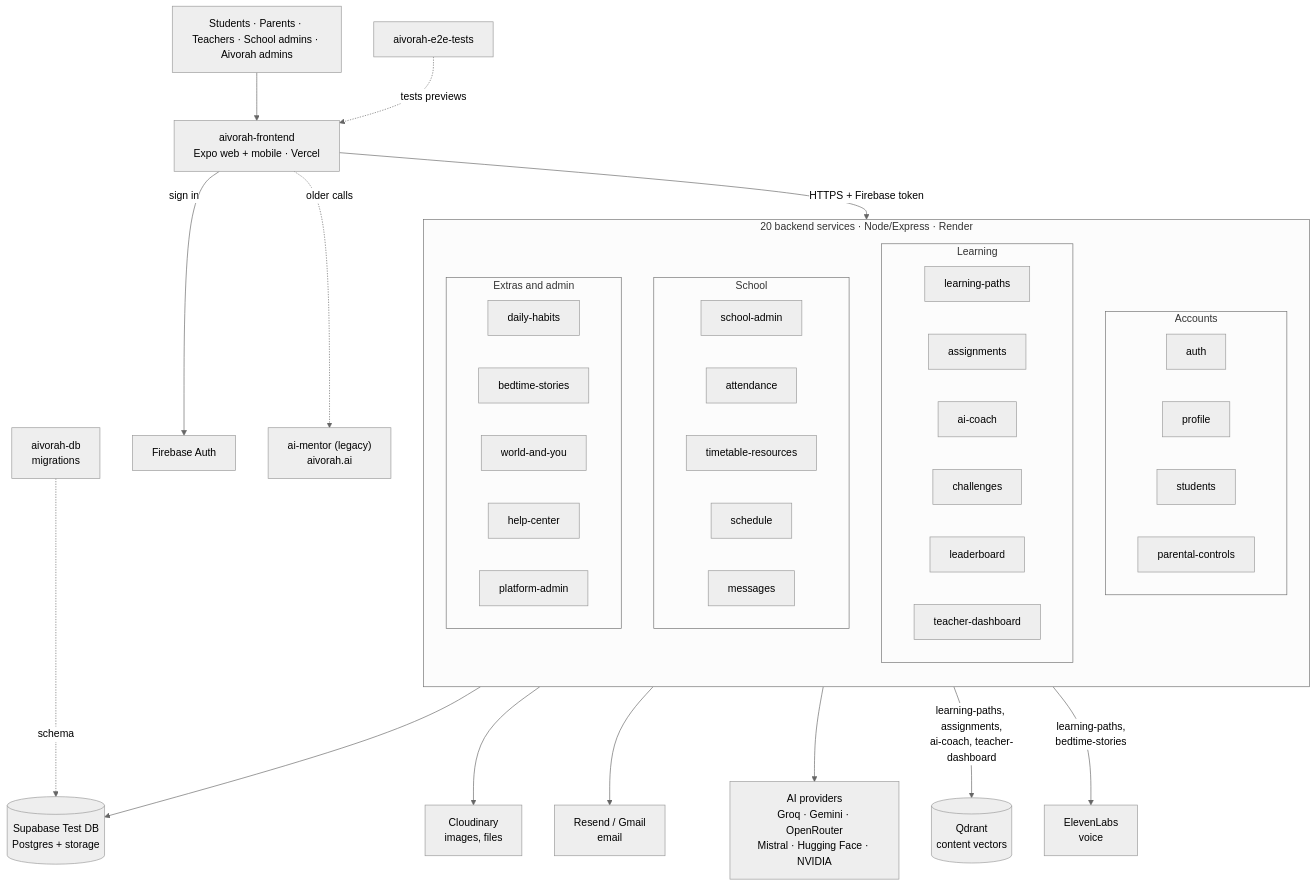
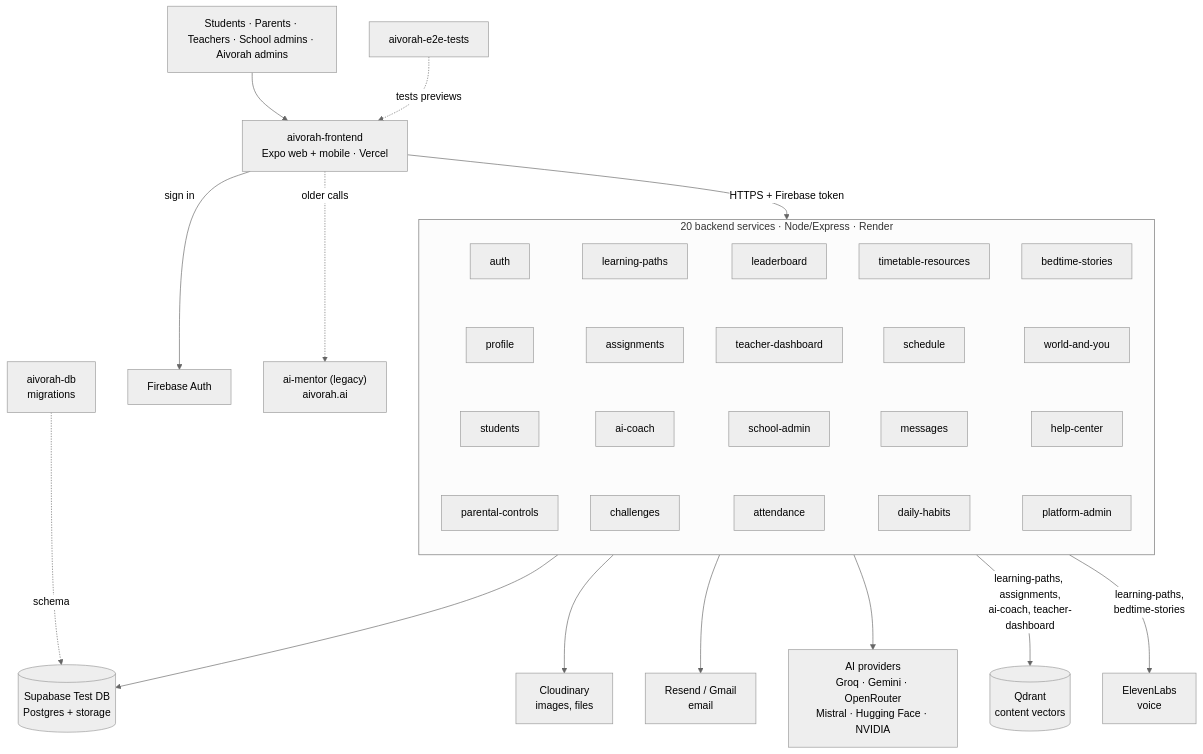
The diagram in 01-overview/architecture/ARCHITECTURE.md (aivorah24/aivorah-handover), drawn with Mermaid (neutral theme) before and after one commit. The commit also changed other lines of this file, not shown here.

Commit message:
docs: architecture diagram without service groups (#12)

````diff
--- a/01-overview/architecture/ARCHITECTURE.md
+++ b/01-overview/architecture/ARCHITECTURE.md
@@ -7,65 +7,58 @@
 ```mermaid
 flowchart TB
     users["Students · Parents · Teachers · School admins · Aivorah admins"]
     fe["aivorah-frontend<br/>Expo web + mobile · Vercel"]
     fba["Firebase Auth"]
     mono["ai-mentor (legacy)<br/>aivorah.ai"]
     e2e["aivorah-e2e-tests"]
     users --> fe
     fe -- "sign in" --> fba
     fe -. "older calls" .-> mono
     e2e -. "tests previews" .-> fe
     fe -- "HTTPS + Firebase token" --> svcs
 
     subgraph svcs["20 backend services · Node/Express · Render"]
         direction TB
-        subgraph acc["Accounts"]
-            direction LR
-            auth["auth"]
-            profile["profile"]
-            students["students"]
-            pctl["parental-controls"]
-        end
-        subgraph learn["Learning"]
-            direction LR
-            lps["learning-paths"]
-            asg["assignments"]
-            coach["ai-coach"]
-            chal["challenges"]
-            lb["leaderboard"]
-            tdash["teacher-dashboard"]
-        end
-        subgraph school["School"]
-            direction LR
-            sadmin["school-admin"]
-            att["attendance"]
-            ttr["timetable-resources"]
-            sched["schedule"]
-            msg["messages"]
-        end
-        subgraph extras["Extras and admin"]
-            direction LR
-            habits["daily-habits"]
-            stories["bedtime-stories"]
-            wy["world-and-you"]
-            help["help-center"]
-            padmin["platform-admin"]
-        end
+        auth["auth"]
+        profile["profile"]
+        students["students"]
+        parental_controls["parental-controls"]
+        learning_paths["learning-paths"]
+        assignments["assignments"]
+        ai_coach["ai-coach"]
+        challenges["challenges"]
+        leaderboard["leaderboard"]
+        teacher_dashboard["teacher-dashboard"]
+        school_admin["school-admin"]
+        attendance["attendance"]
+        timetable_resources["timetable-resources"]
+        schedule["schedule"]
+        messages["messages"]
+        daily_habits["daily-habits"]
+        bedtime_stories["bedtime-stories"]
+        world_and_you["world-and-you"]
+        help_center["help-center"]
+        platform_admin["platform-admin"]
+        auth ~~~ profile ~~~ students ~~~ parental_controls
+        learning_paths ~~~ assignments ~~~ ai_coach ~~~ challenges
+        leaderboard ~~~ teacher_dashboard ~~~ school_admin ~~~ attendance
+        timetable_resources ~~~ schedule ~~~ messages ~~~ daily_habits
+        bedtime_stories ~~~ world_and_you ~~~ help_center ~~~ platform_admin
     end
 
     sb[("Supabase Test DB<br/>Postgres + storage")]
     q[("Qdrant<br/>content vectors")]
     cld["Cloudinary<br/>images, files"]
     mail["Resend / Gmail<br/>email"]
     ai["AI providers<br/>Groq · Gemini · OpenRouter<br/>Mistral · Hugging Face · NVIDIA"]
     voice["ElevenLabs<br/>voice"]
     dbrepo["aivorah-db<br/>migrations"]
 
     svcs --> sb
     svcs --> cld
     svcs --> mail
     svcs --> ai
     svcs -- "learning-paths, assignments,<br/>ai-coach, teacher-dashboard" --> q
     svcs -- "learning-paths,<br/>bedtime-stories" --> voice
     dbrepo -. "schema" .-> sb
 ```
````
